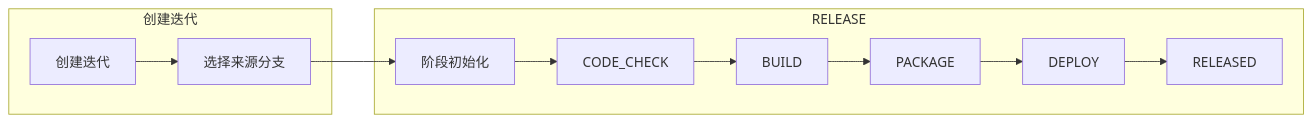
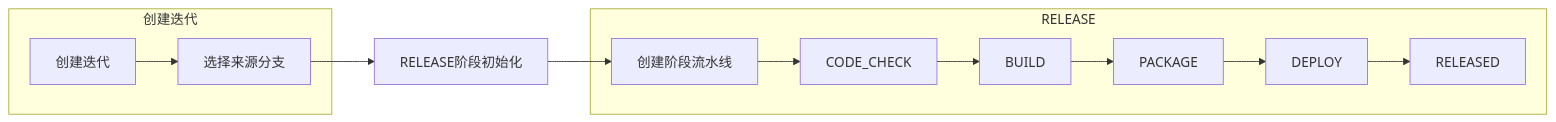
Before and after one commit to qdw497874677/high-code-doc: the third of 8 diagrams in docs/plans/procode-platform/hld/hld.md, drawn with Mermaid. The commit also changed other lines of this file, not shown here.

````diff
--- a/docs/plans/procode-platform/hld/hld.md
+++ b/docs/plans/procode-platform/hld/hld.md
@@ -135,15 +137,17 @@
 ```mermaid
 flowchart LR
     subgraph 创建迭代
         A1[创建迭代] --> A2[选择来源分支]
     end
 
+    A2 --> B0[RELEASE阶段初始化]
+    B0 --> B1[创建阶段流水线]
+
     subgraph RELEASE
-        A2 --> B0[阶段初始化]
-        B0 --> B1[CODE_CHECK]
-        B1 --> B2[BUILD]
-        B2 --> B3[PACKAGE]
-        B3 --> B4[DEPLOY]
-        B4 --> B5[RELEASED]
+        B1 --> C1[CODE_CHECK]
+        C1 --> C2[BUILD]
+        C2 --> C3[PACKAGE]
+        C3 --> C4[DEPLOY]
+        C4 --> C5[RELEASED]
     end
 ```
````
